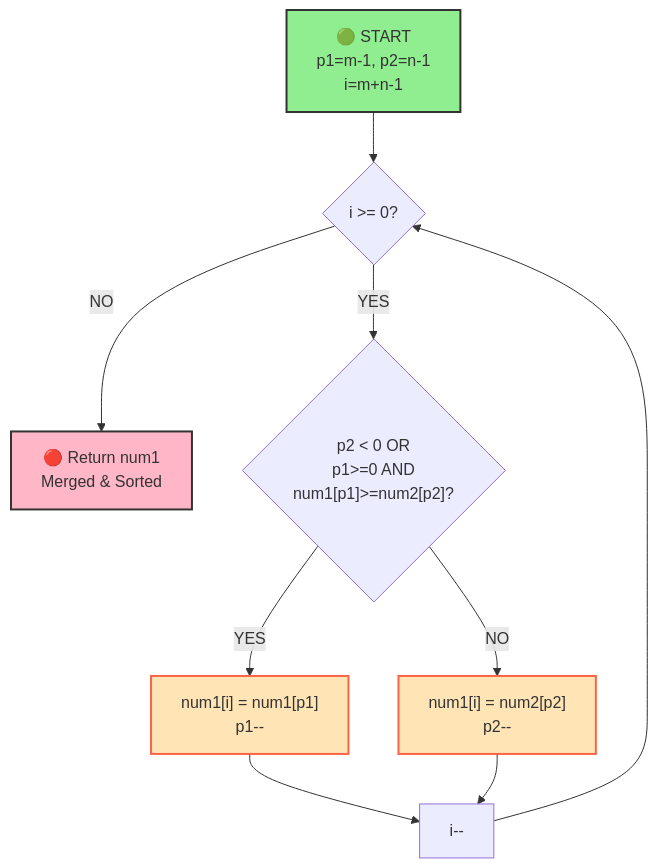
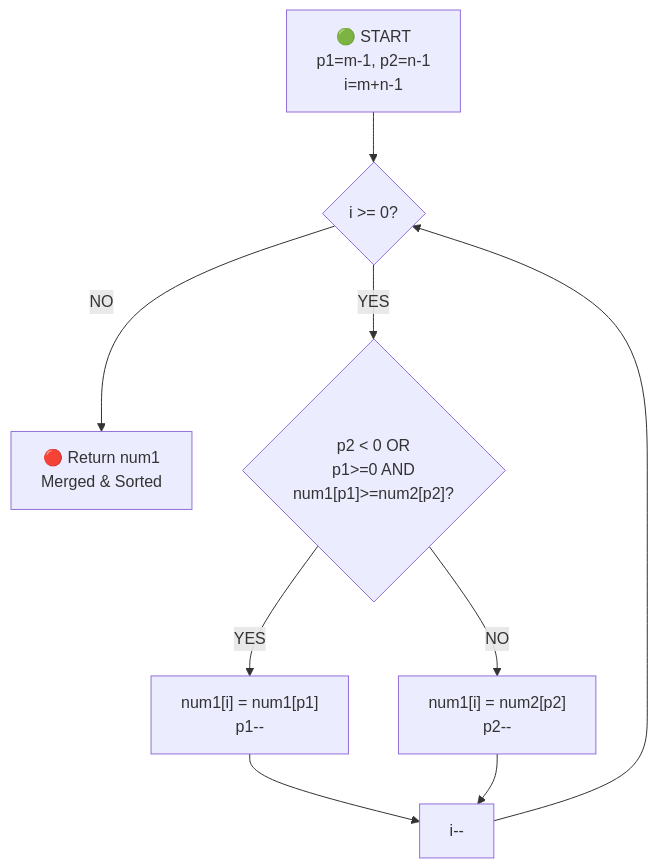
Before and after one commit to akshay-gotmare/DSA: the diagram in 5. mergeSortedArrays/mergeSortedArrays.md, drawn with Mermaid.

Commit message:
dsa: mergeSortedArrays.md change

````diff
--- a/5. mergeSortedArrays/mergeSortedArrays.md
+++ b/5. mergeSortedArrays/mergeSortedArrays.md
@@ -5,16 +5,11 @@
 ```mermaid
 graph TD
     A["🟢 START<br/>p1=m-1, p2=n-1<br/>i=m+n-1"] --> B{"i >= 0?"}
     B -->|NO| K["🔴 Return num1<br/>Merged & Sorted"]
     B -->|YES| C{"p2 < 0 OR<br/>p1>=0 AND<br/>num1[p1]>=num2[p2]?"}
     C -->|YES| D["num1[i] = num1[p1]<br/>p1--"]
     C -->|NO| E["num1[i] = num2[p2]<br/>p2--"]
     D --> F["i--"]
     E --> F
     F --> B
-    
-    style A fill:#90EE90,stroke:#333,stroke-width:2px
-    style K fill:#FFB6C6,stroke:#333,stroke-width:2px
-    style D fill:#FFE4B5,stroke:#FF6347,stroke-width:2px
-    style E fill:#FFE4B5,stroke:#FF6347,stroke-width:2px
 ```
````
